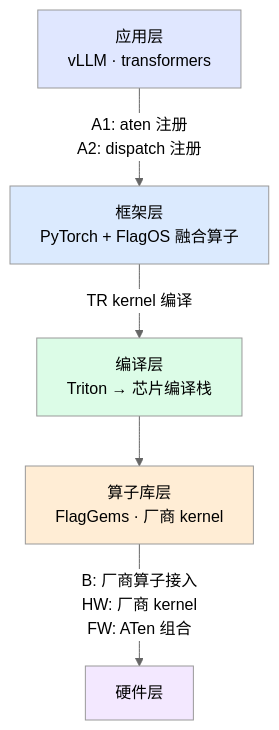
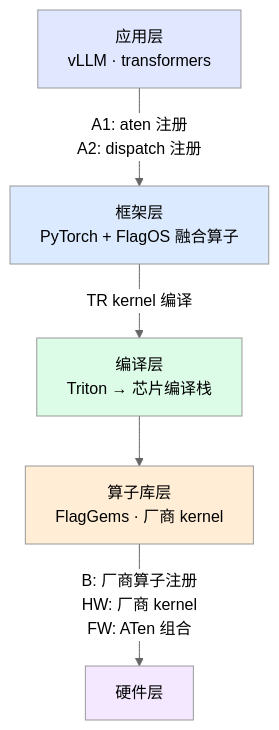
The diagram in docs/architecture.md (FLAG-OP/FlagOS-OP), drawn with Mermaid (neutral theme) before and after one commit. The commit also changed other lines of this file and 10 other files, not shown here.

First line of the commit message:
refactor: B 路线'厂商算子接入'→'厂商算子注册'

````diff
--- a/docs/architecture.md
+++ b/docs/architecture.md
@@ -42,19 +42,19 @@
 ```mermaid
 flowchart TB
     APP["应用层<br/>vLLM · transformers"]
     FW["框架层<br/>PyTorch + FlagOS 融合算子"]
     COMP["编译层<br/>Triton → 芯片编译栈"]
     OPS["算子库层<br/>FlagGems · 厂商 kernel"]
     HW["硬件层"]
 
     APP -->|"A1: aten 注册<br/>A2: dispatch 注册"| FW
     FW -->|"TR kernel 编译"| COMP
     COMP --> OPS
-    OPS -->|"B: 厂商算子接入<br/>HW: 厂商 kernel<br/>FW: ATen 组合"| HW
+    OPS -->|"B: 厂商算子注册<br/>HW: 厂商 kernel<br/>FW: ATen 组合"| HW
 
     style APP fill:#e0e7ff
     style FW fill:#dbeafe
     style COMP fill:#dcfce7
     style OPS fill:#ffedd5
     style HW fill:#f3e8ff
 ```
````
